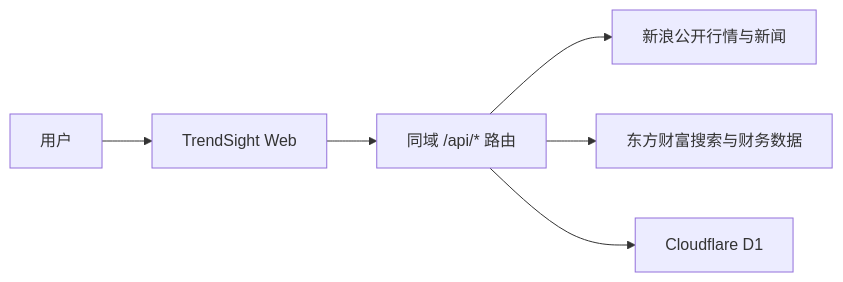
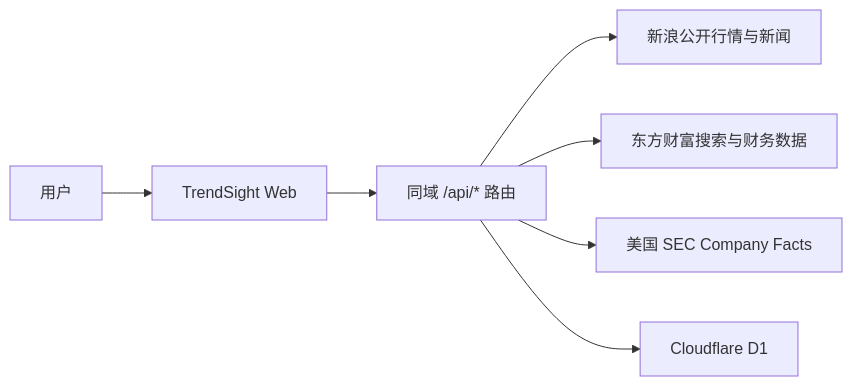
Before and after one commit to weipeng-srz/TransactionData: the diagram in docs/architecture.md, drawn with Mermaid. The commit also changed other lines of this file and 28 other files, not shown here.

````diff
--- a/docs/architecture.md
+++ b/docs/architecture.md
@@ -7,8 +7,9 @@
 ```mermaid
 flowchart LR
     U["用户"] --> W["TrendSight Web"]
     W --> API["同域 /api/* 路由"]
     API --> S["新浪公开行情与新闻"]
     API --> E["东方财富搜索与财务数据"]
+    API --> SEC["美国 SEC Company Facts"]
     API --> D1["Cloudflare D1"]
 ```
````
